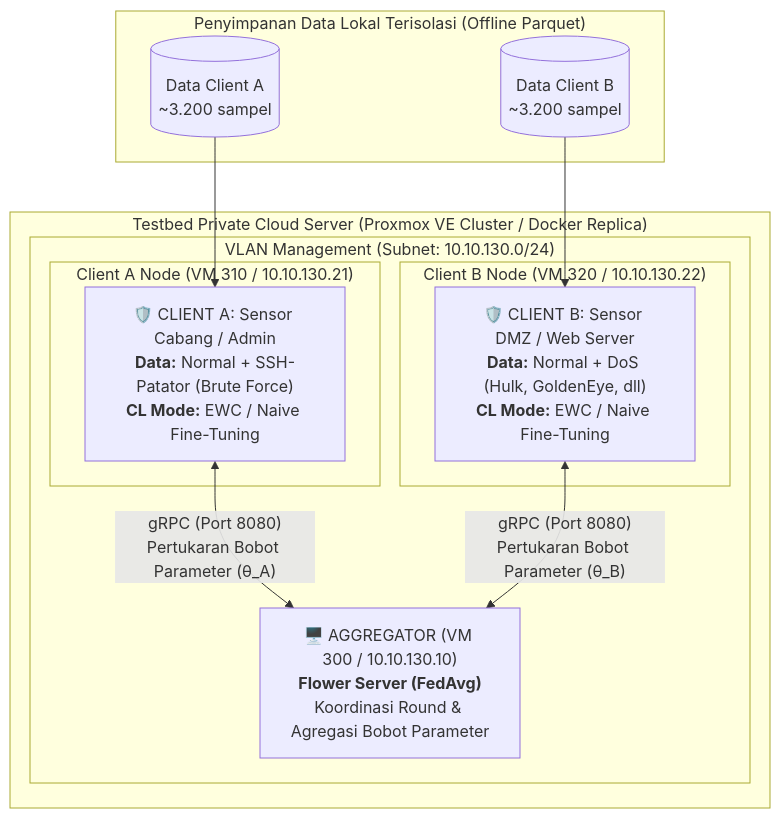
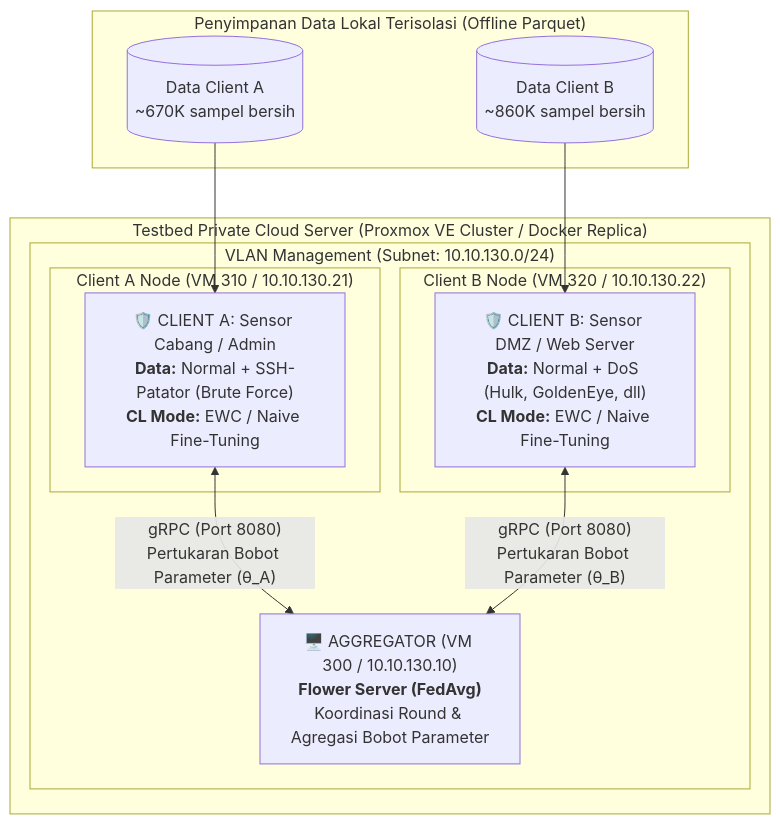
One commit to rhaffle87/brief-thesis changed the first of 3 diagrams in Proposal/Briefing Scope TA.md. Above: the diagram before and after it, drawn with Mermaid. The commit also changed other lines of this file and 7 other files, not shown here.

````diff
--- a/Proposal/Briefing Scope TA.md
+++ b/Proposal/Briefing Scope TA.md
@@ -196,24 +196,24 @@
 ```mermaid
 flowchart TD
     subgraph PrivateCloud["Testbed Private Cloud Server (Proxmox VE Cluster / Docker Replica)"]
         subgraph Subnet["VLAN Management (Subnet: 10.10.130.0/24)"]
             Aggregator["🖥️ AGGREGATOR (VM 300 / 10.10.130.10)<br/><b>Flower Server (FedAvg)</b><br/>Koordinasi Round & Agregasi Bobot Parameter"]
             
             subgraph ClientA_Box["Client A Node (VM 310 / 10.10.130.21)"]
                 ClientA["🛡️ CLIENT A: Sensor Cabang / Admin<br/><b>Data:</b> Normal + SSH-Patator (Brute Force)<br/><b>CL Mode:</b> EWC / Naive Fine-Tuning"]
             end
             
             subgraph ClientB_Box["Client B Node (VM 320 / 10.10.130.22)"]
                 ClientB["🛡️ CLIENT B: Sensor DMZ / Web Server<br/><b>Data:</b> Normal + DoS (Hulk, GoldenEye, dll)<br/><b>CL Mode:</b> EWC / Naive Fine-Tuning"]
             end
             
             ClientA <-->|"gRPC (Port 8080)<br/>Pertukaran Bobot Parameter (θ_A)"| Aggregator
             ClientB <-->|"gRPC (Port 8080)<br/>Pertukaran Bobot Parameter (θ_B)"| Aggregator
         end
     end
     
     subgraph Storage["Penyimpanan Data Lokal Terisolasi (Offline Parquet)"]
-        DataA[("Data Client A<br/>~3.200 sampel")] --> ClientA
-        DataB[("Data Client B<br/>~3.200 sampel")] --> ClientB
+        DataA[("Data Client A<br/>~670K sampel bersih")] --> ClientA
+        DataB[("Data Client B<br/>~860K sampel bersih")] --> ClientB
     end
 ```
````
